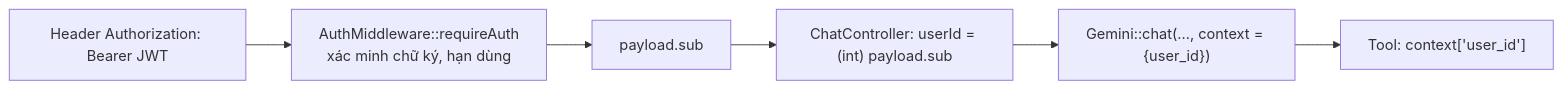
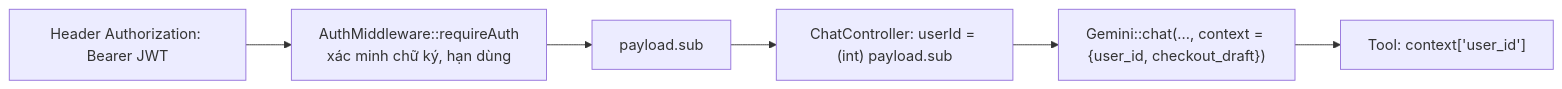
The third of 3 diagrams in docs/chat-ai/len-don-nhanh/04-tool-be.md (zdevlongnguz-blip/du-an-1), drawn with Mermaid before and after one commit. The commit also changed other lines of this file and 14 other files, not shown here.

````diff
--- a/docs/chat-ai/len-don-nhanh/04-tool-be.md
+++ b/docs/chat-ai/len-don-nhanh/04-tool-be.md
@@ -176,8 +240,8 @@
 ```mermaid
 flowchart LR
     H["Header Authorization: Bearer JWT"] --> M["AuthMiddleware::requireAuth<br/>xác minh chữ ký, hạn dùng"]
     M --> P["payload.sub"]
     P --> C["ChatController: userId = (int) payload.sub"]
-    C --> X["Gemini::chat(..., context = {user_id})"]
+    C --> X["Gemini::chat(..., context = {user_id, checkout_draft})"]
     X --> T["Tool: context['user_id']"]
 ```
````
